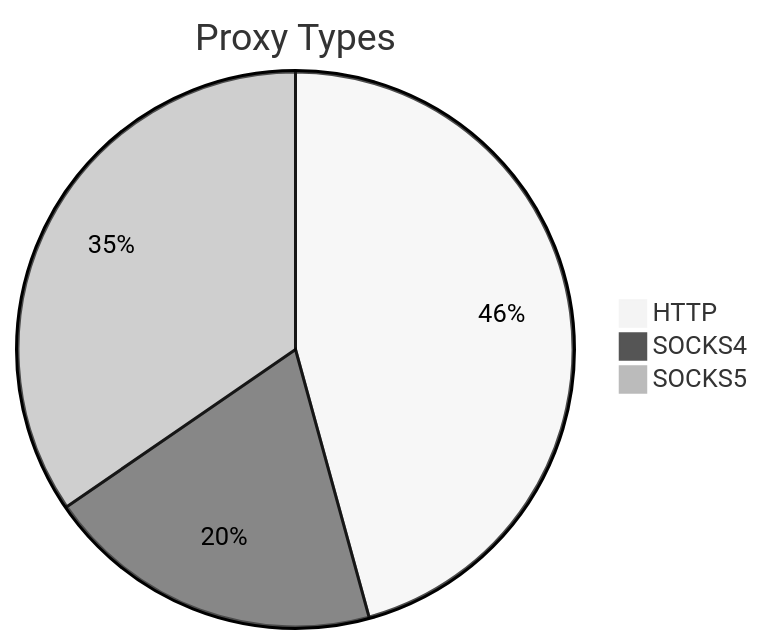
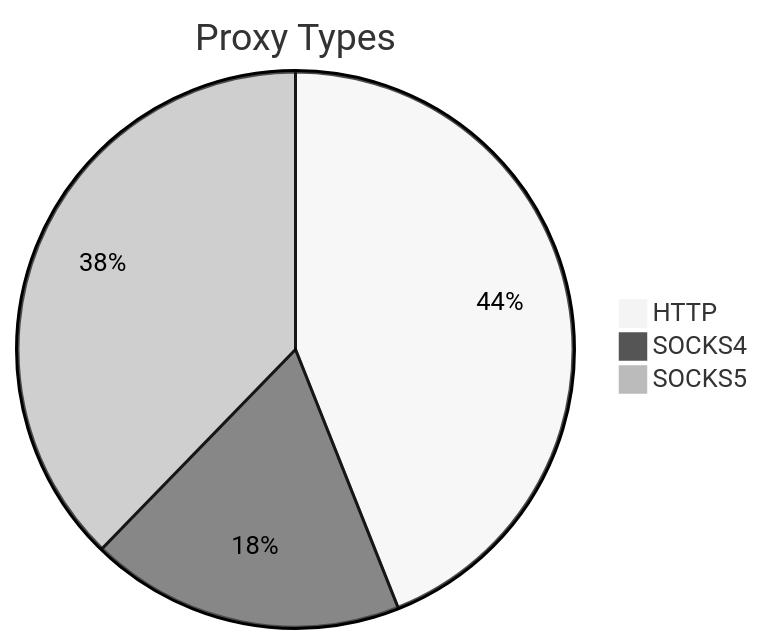
The first of 2 diagrams in README.md (stormsia/proxy-list), drawn with Mermaid (neutral theme) before and after one commit. The commit also changed other lines of this file, not shown here.

````diff
--- a/README.md
+++ b/README.md
@@ -21,6 +21,6 @@
 ```mermaid
 pie title Proxy Types
-    "HTTP" : 316
-    "SOCKS4" : 136
-    "SOCKS5" : 239
+    "HTTP" : 190
+    "SOCKS4" : 79
+    "SOCKS5" : 163
 ```
````
